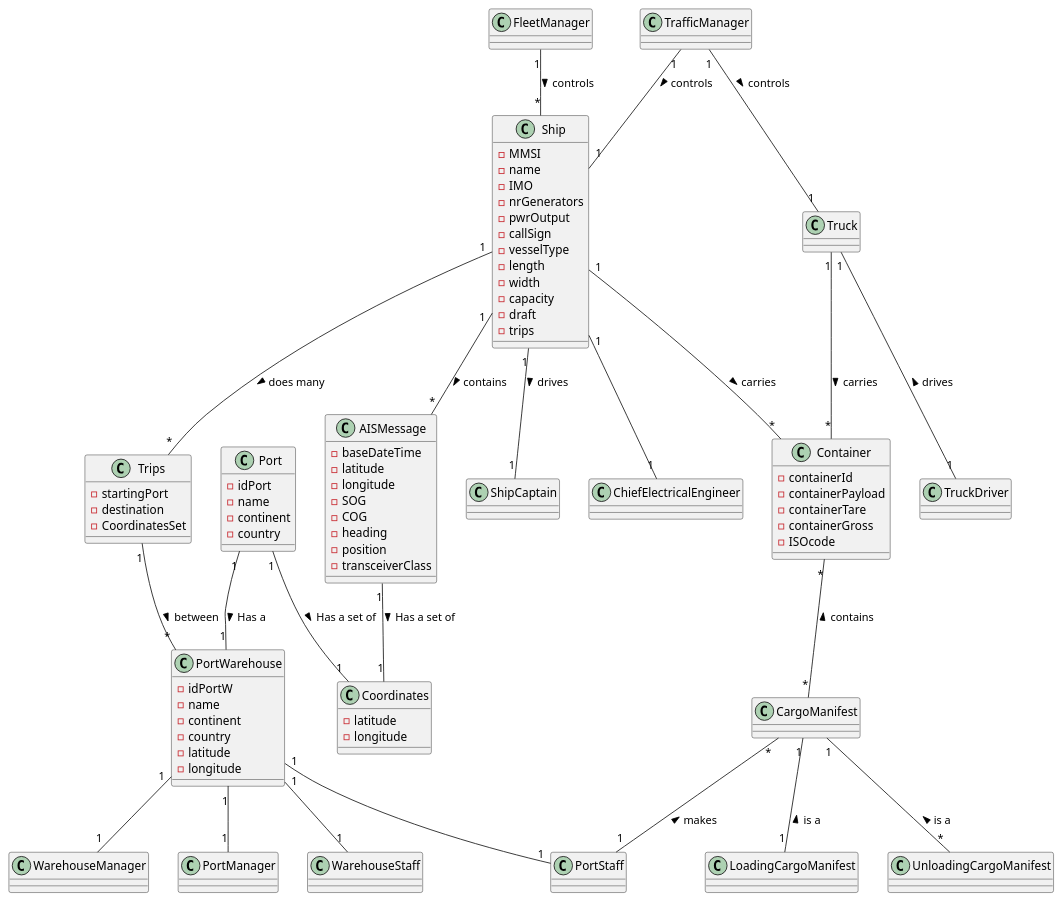
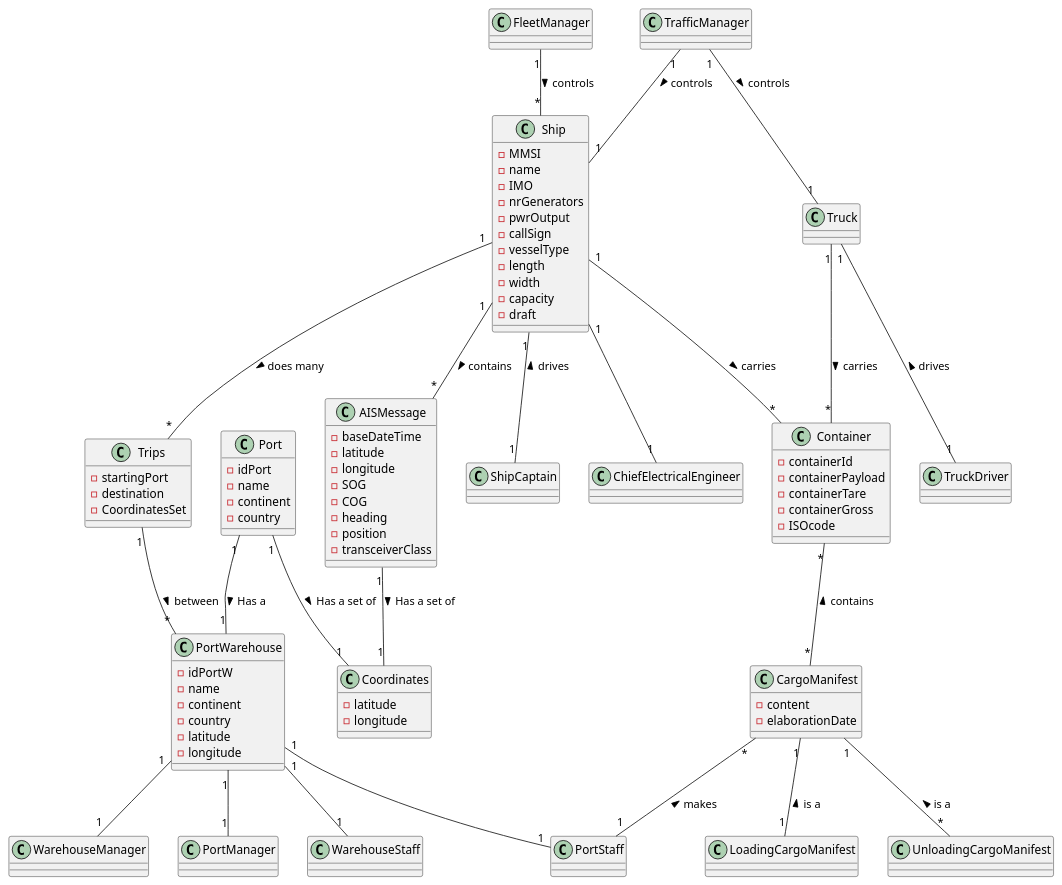
The diagram in docs/Sprint2/DM.puml (mpoboas/lapr3-2021-g102), drawn with PlantUML before and after one commit. The commit also changed 1 other file, not shown here.

```diff
--- a/docs/Sprint2/DM.puml
+++ b/docs/Sprint2/DM.puml
@@ -1,129 +1,130 @@
 @startuml
 'https://plantuml.com/class-diagram
 
 class Ship {
 -MMSI
 -name
 -IMO
 -nrGenerators
 -pwrOutput
 -callSign
 -vesselType
 -length
 -width
 -capacity
 -draft
--trips
 }
 
 class AISMessage{
 -baseDateTime
 -latitude
 -longitude
 -SOG
 -COG
 -heading
 -position
 -transceiverClass
 }
 
 class Trips{
 -startingPort
 -destination
 -CoordinatesSet
 }
 
 class Truck {
 }
 
 class Container {
 -containerId
 -containerPayload
 -containerTare
 -containerGross
 -ISOcode
 }
 
 class PortWarehouse {
 -idPortW
 -name
 -continent
 -country
 -latitude
 -longitude
 }
 
 class ShipCaptain {
 }
 
 class TrafficManager {
 }
 
 class FleetManager {
 }
 
 class WarehouseStaff {
 }
 
 class WarehouseManager {
 }
 
 class PortManager {
 }
 
 class PortStaff {
 }
 
 class TrafficManager {
 }
 
 class TruckDriver {
 }
 
 class ChiefElectricalEngineer {
 }
 
 class CargoManifest {
+-content
+-elaborationDate
 }
 
 class LoadingCargoManifest {
 }
 
 class UnloadingCargoManifest {
 }
 
 class Coordinates{
 -latitude
 -longitude
 }
 
 class Port {
 -idPort
 -name
 -continent
 -country
 }
 
 Port "1" -- "1" Coordinates : Has a set of >
 Port "1" -- "1" PortWarehouse : Has a >
 FleetManager "1" -- "*" Ship : controls >
 TrafficManager "1" -- "1" Ship : controls >
 TrafficManager "1" -- "1" Truck : controls >
 Ship "1" -- "*" Container : carries >
 Ship "1" -- "*" AISMessage : contains >
 AISMessage "1" -- "1" Coordinates : Has a set of >
-Ship "1" -- "1" ShipCaptain : drives >
+Ship "1" -- "1" ShipCaptain : drives <
 Ship "1" -- "1" ChiefElectricalEngineer
 Trips "1" -- "*" PortWarehouse : between >
 Ship "1" -- "*" Trips : does many >
 Container "*" -- "*" CargoManifest : contains <
 Truck "1" -- "*" Container : carries >
 Truck "1" -- "1" TruckDriver : drives <
 PortWarehouse "1" -- "1" WarehouseManager
 PortWarehouse "1" -- "1" WarehouseStaff
 PortWarehouse "1" -- "1" PortManager
 PortWarehouse "1" -- "1" PortStaff
 LoadingCargoManifest "1" -u- "1" CargoManifest : is a >
 CargoManifest "*" -- "1" PortStaff : makes <
 UnloadingCargoManifest "*" -u- "1" CargoManifest : is a >
 @enduml
```
